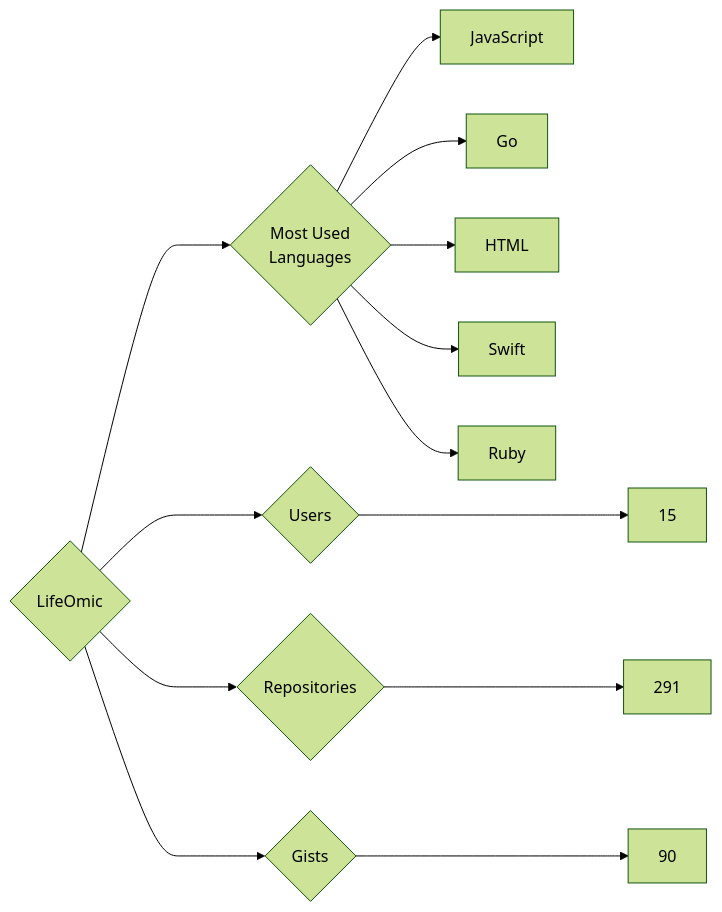
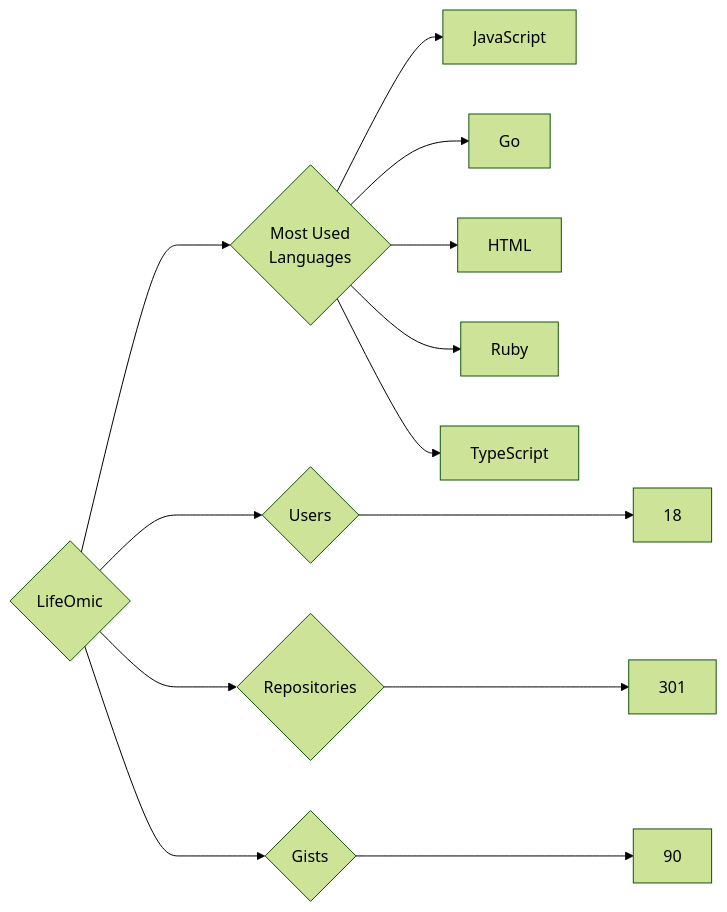
The diagram in targets/LifeOmic/README.md (trickest/insiders), drawn with Mermaid (forest theme) before and after one commit. The commit also changed 681 other files, not shown here.

````diff
--- a/targets/LifeOmic/README.md
+++ b/targets/LifeOmic/README.md
@@ -3,13 +3,13 @@
 ```mermaid
 graph LR
 COMPANY_NAME{LifeOmic}
-COMPANY_NAME ---> U{Users} ---> UN[15]
-COMPANY_NAME ---> R{Repositories} ---> RN[291]
+COMPANY_NAME ---> U{Users} ---> UN[18]
+COMPANY_NAME ---> R{Repositories} ---> RN[301]
 COMPANY_NAME ---> G{Gists} ---> GN[90]
 COMPANY_NAME ---> ML{Most Used<br>Languages}
 ML --> JavaScript[JavaScript]
 ML --> Go[Go]
 ML --> HTML[HTML]
-ML --> Swift[Swift]
 ML --> Ruby[Ruby]
+ML --> TypeScript[TypeScript]
 ```
````
